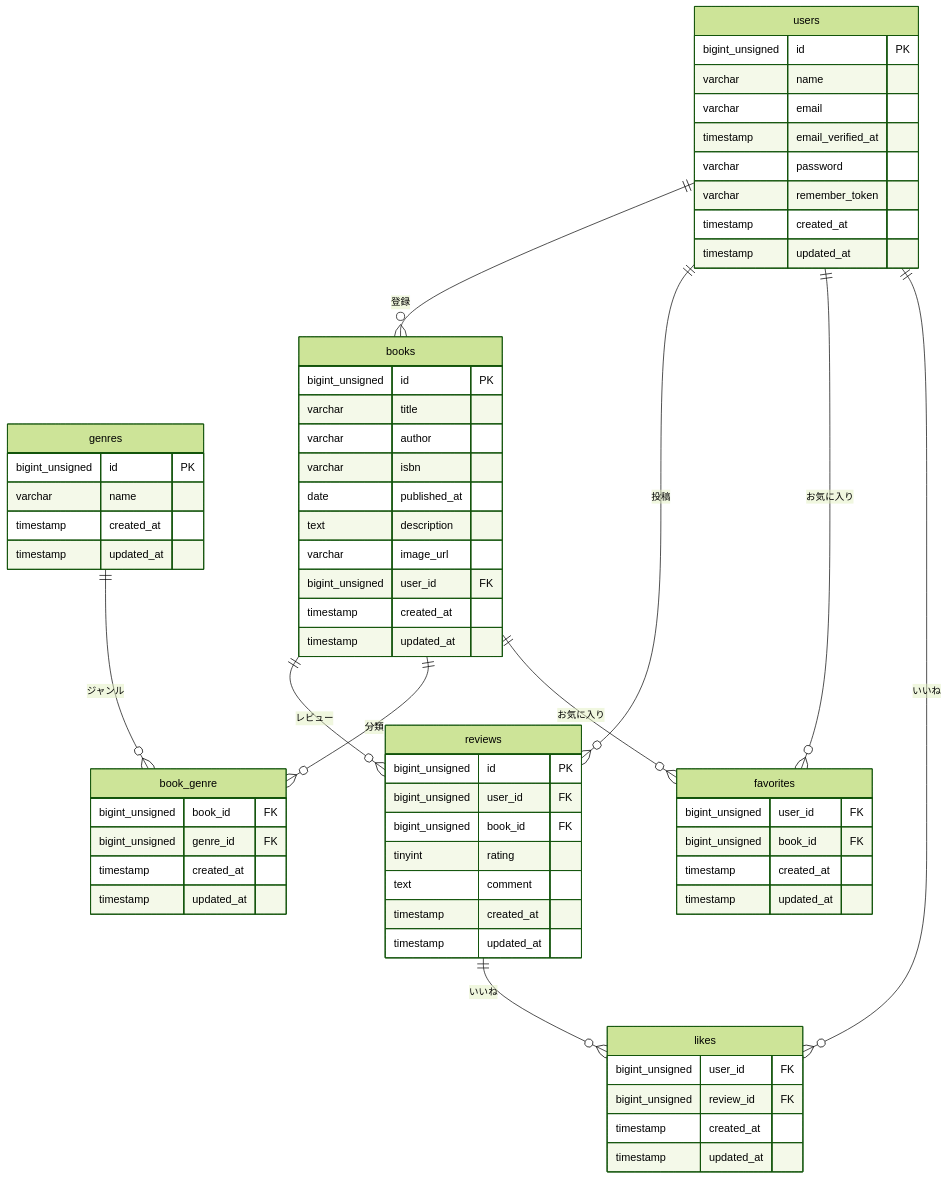
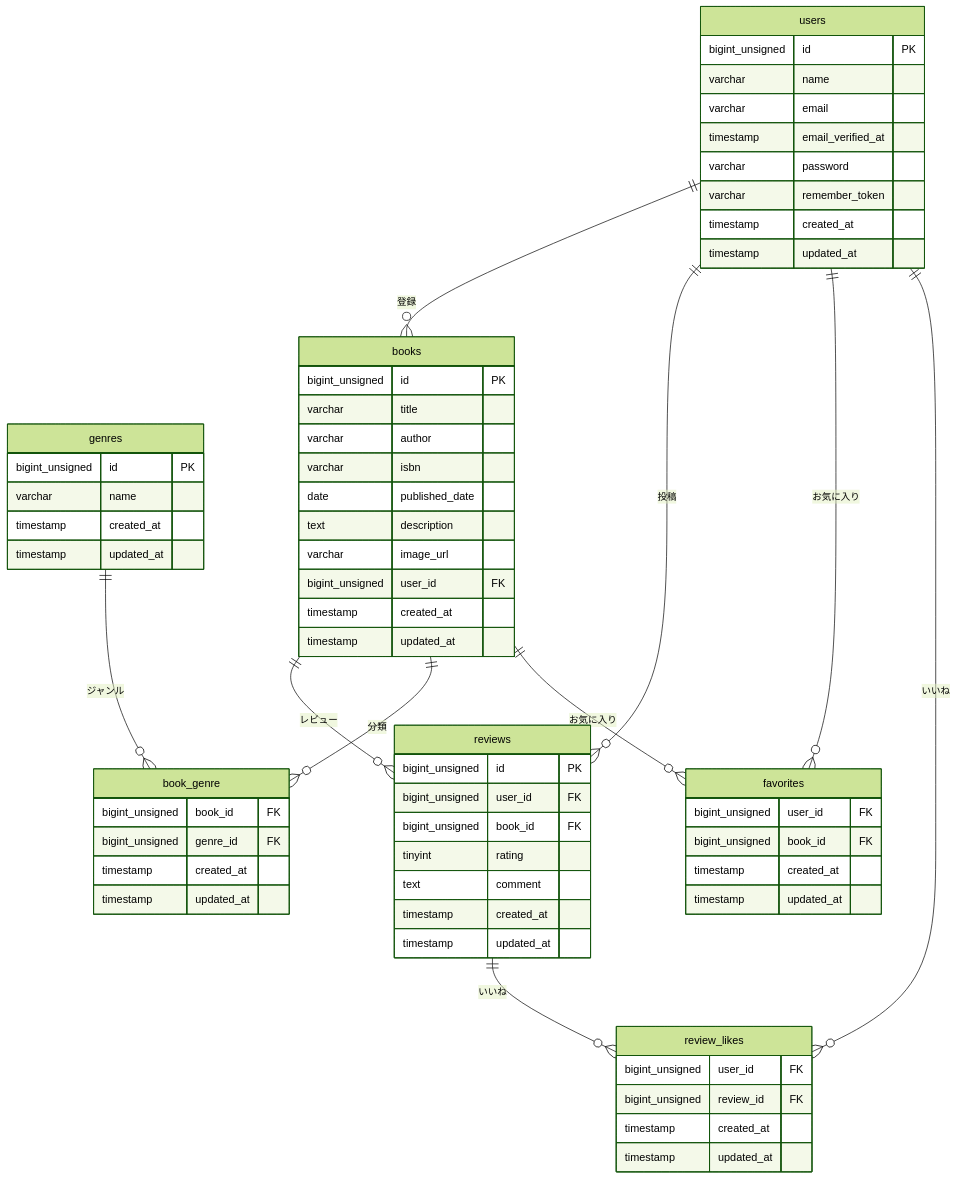
One commit to osakana-works/bookshelf-review-app changed the diagram in README.md. Above: the diagram before and after it, drawn with Mermaid (forest theme).

Commit message:
docs: ER図のMermaidを更新

````diff
--- a/README.md
+++ b/README.md
@@ -1,68 +1,68 @@
 ```mermaid
 erDiagram
   users {
     bigint_unsigned id PK
     varchar name
     varchar email
     timestamp email_verified_at
     varchar password
     varchar remember_token
     timestamp created_at
     timestamp updated_at
   }
   genres {
     bigint_unsigned id PK
     varchar name
     timestamp created_at
     timestamp updated_at
   }
   books {
     bigint_unsigned id PK
     varchar title
     varchar author
     varchar isbn
-    date published_at
+    date published_date
     text description
     varchar image_url
     bigint_unsigned user_id FK
     timestamp created_at
     timestamp updated_at
   }
   reviews {
     bigint_unsigned id PK
     bigint_unsigned user_id FK
     bigint_unsigned book_id FK
     tinyint rating
     text comment
     timestamp created_at
     timestamp updated_at
   }
   book_genre {
     bigint_unsigned book_id FK
     bigint_unsigned genre_id FK
     timestamp created_at
     timestamp updated_at
   }
   favorites {
     bigint_unsigned user_id FK
     bigint_unsigned book_id FK
     timestamp created_at
     timestamp updated_at
   }
-  likes {
+  review_likes {
     bigint_unsigned user_id FK
     bigint_unsigned review_id FK
     timestamp created_at
     timestamp updated_at
   }
 
   users ||--o{ books : "登録"
   users ||--o{ reviews : "投稿"
   users ||--o{ favorites : "お気に入り"
-  users ||--o{ likes : "いいね"
+  users ||--o{ review_likes : "いいね"
   books ||--o{ reviews : "レビュー"
   books ||--o{ book_genre : "分類"
   books ||--o{ favorites : "お気に入り"
   genres ||--o{ book_genre : "ジャンル"
-  reviews ||--o{ likes : "いいね"
+  reviews ||--o{ review_likes : "いいね"
 ```
````
